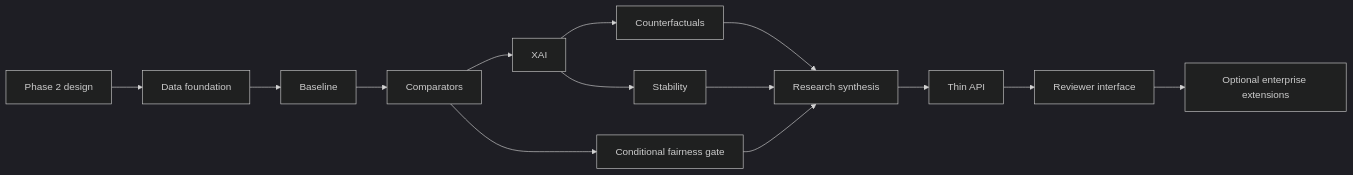
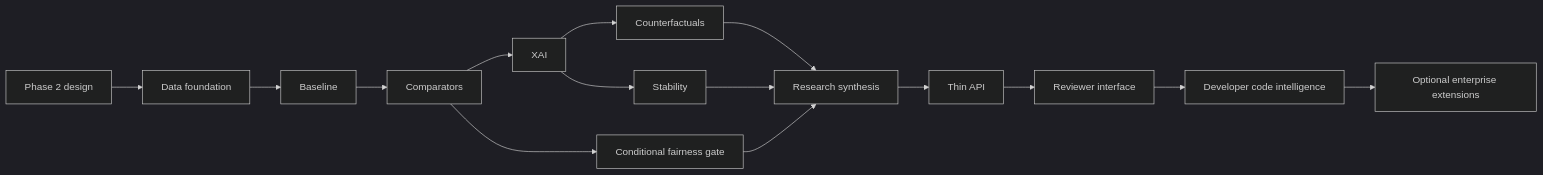
Before and after one commit to Ameya5006/Aletheia: the diagram in docs/EXECUTION_PLAN.md, drawn with Mermaid (dark theme). The commit also changed other lines of this file and 23 other files, not shown here.

```diff
--- a/docs/EXECUTION_PLAN.md
+++ b/docs/EXECUTION_PLAN.md
@@ -110,16 +113,17 @@
 ~~~mermaid
 flowchart LR
     P2[Phase 2 design] --> P3[Data foundation]
     P3 --> P4[Baseline]
     P4 --> P5[Comparators]
     P5 --> P6[XAI]
     P6 --> P7[Counterfactuals]
     P6 --> P8[Stability]
     P5 --> P9[Conditional fairness gate]
     P7 --> P10[Research synthesis]
     P8 --> P10
     P9 --> P10
     P10 --> P11[Thin API]
     P11 --> P12[Reviewer interface]
-    P12 --> P13[Optional enterprise extensions]
+    P12 --> PCI[Developer code intelligence]
+    PCI --> P13[Optional enterprise extensions]
 ~~~
```
